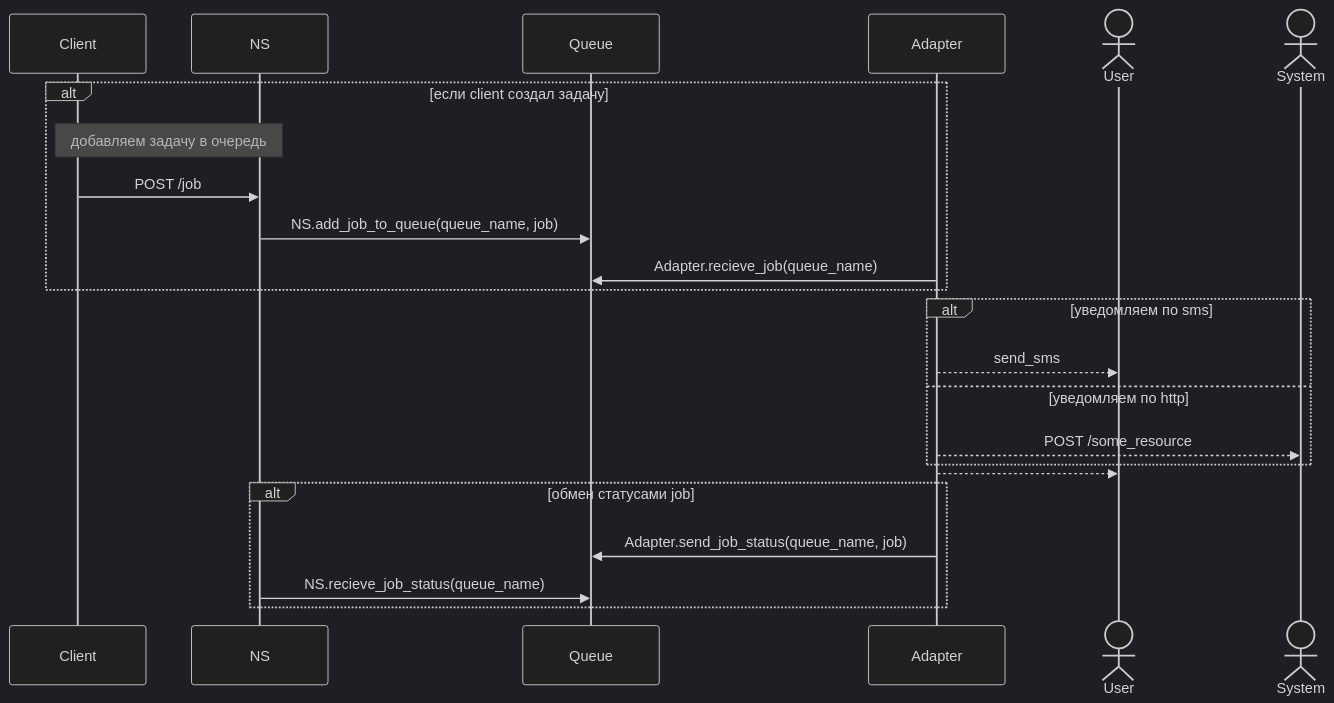
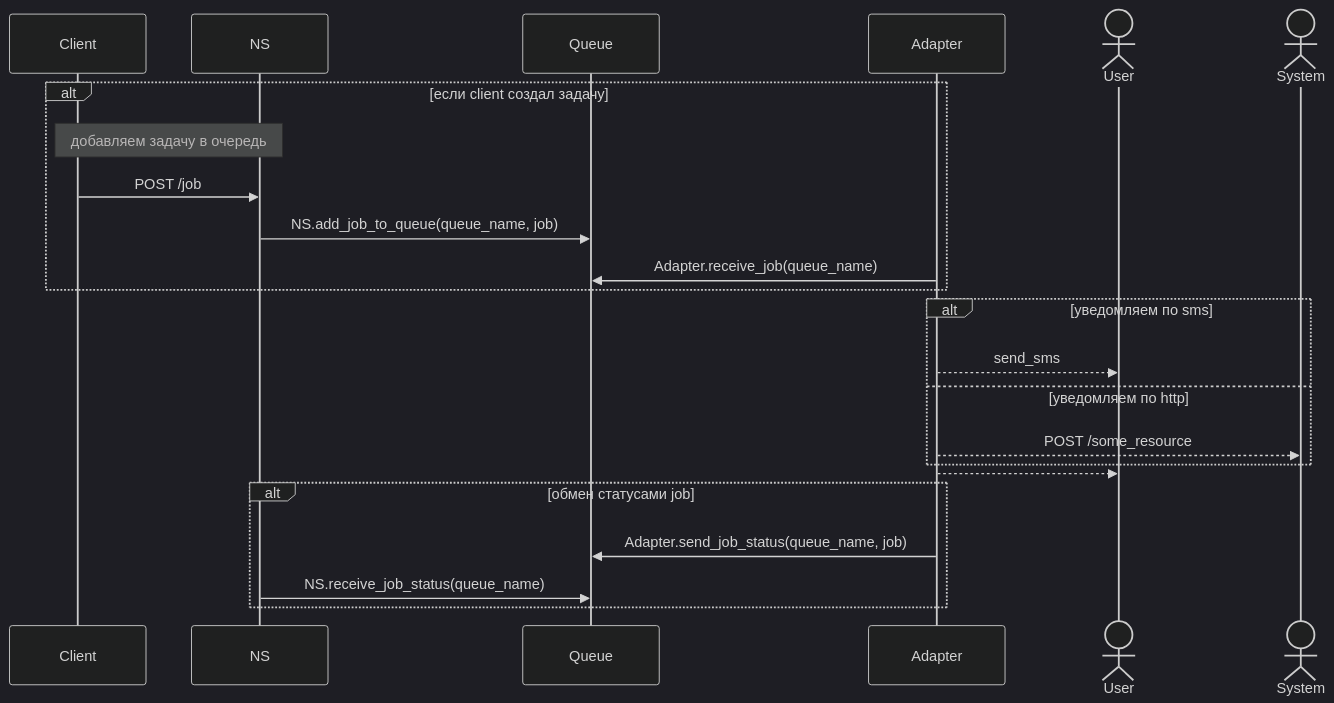
The third of 4 diagrams in ns-sequence-diagram-rmq.md (Timo4ey/ns), drawn with Mermaid (dark theme) before and after one commit. The commit also changed other lines of this file and 1 other file, not shown here.

````diff
--- a/ns-sequence-diagram-rmq.md
+++ b/ns-sequence-diagram-rmq.md
@@ -57,34 +57,34 @@
 ```mermaid
 
 sequenceDiagram
     participant Client
     participant NS
     participant Queue
     participant Adapter
 
     actor User
     actor System
 
     alt если client создал задачу
         Note over Client, NS: добавляем задачу в очередь
         Client ->> NS: POST /job
         NS ->> Queue: NS.add_job_to_queue(queue_name, job)
         
-        Adapter ->> Queue: Adapter.recieve_job(queue_name)
+        Adapter ->> Queue: Adapter.receive_job(queue_name)
     end
 
         
 
     alt уведомляем по sms
         Adapter -->> User: send_sms
     else уведомляем по http
         Adapter -->> System: POST /some_resource
     end
 
     Adapter -->> User: 
 
     alt обмен статусами job
         Adapter ->> Queue:Adapter.send_job_status(queue_name, job)
-        NS ->> Queue: NS.recieve_job_status(queue_name)
+        NS ->> Queue: NS.receive_job_status(queue_name)
     end
 ```
````
